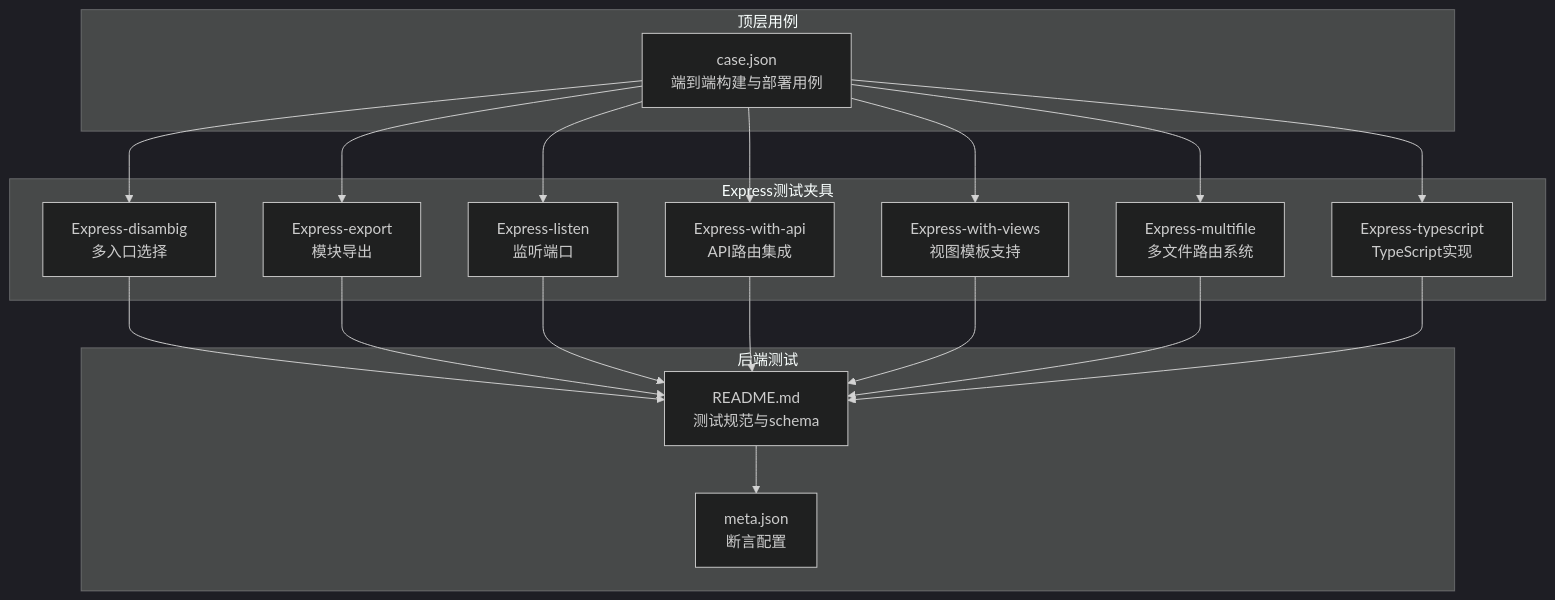
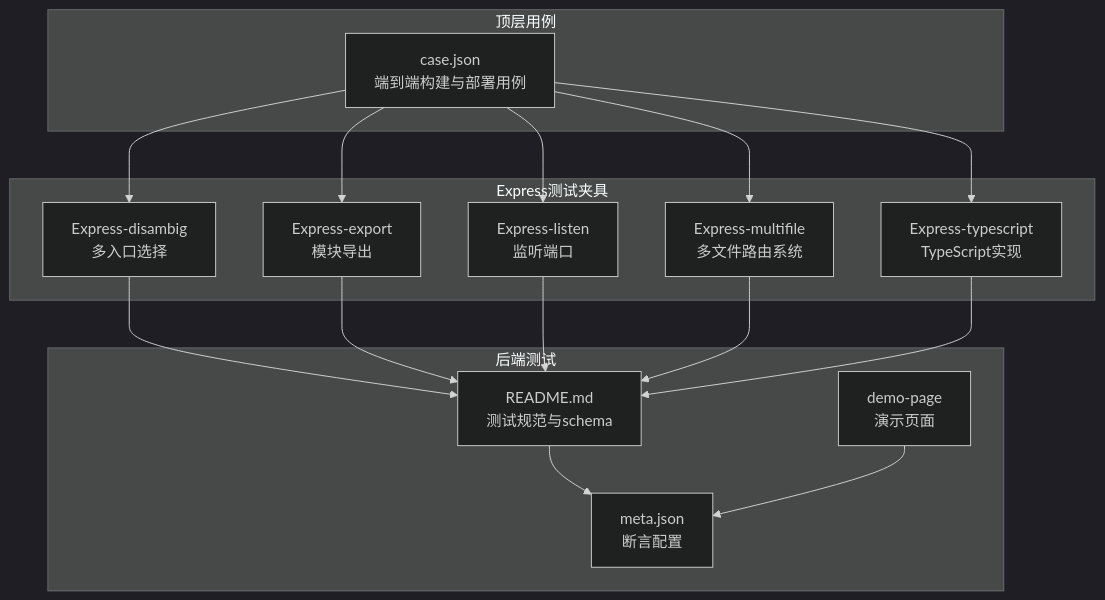
One commit to esa-sp/test-for-aone-ci changed the first of 9 diagrams in .qoder/repowiki/zh/content/后端框架测试/Express框架测试.md. Above: the diagram before and after it, drawn with Mermaid (dark theme). The commit also changed other lines of this file and 58 other files, not shown here.

````diff
--- a/.qoder/repowiki/zh/content/后端框架测试/Express框架测试.md
+++ b/.qoder/repowiki/zh/content/后端框架测试/Express框架测试.md
@@ -50,34 +48,30 @@
 ```mermaid
 graph TB
 subgraph "Express测试夹具"
 D["Express-disambig<br/>多入口选择"]
 E["Express-export<br/>模块导出"]
 L["Express-listen<br/>监听端口"]
-A["Express-with-api<br/>API路由集成"]
-V["Express-with-views<br/>视图模板支持"]
 M["Express-multifile<br/>多文件路由系统"]
 T["Express-typescript<br/>TypeScript实现"]
 end
 subgraph "后端测试"
 RT["README.md<br/>测试规范与schema"]
 ME["meta.json<br/>断言配置"]
+DP["demo-page<br/>演示页面"]
 end
 subgraph "顶层用例"
 CJ["case.json<br/>端到端构建与部署用例"]
 end
 D --> RT
 E --> RT
 L --> RT
-A --> RT
-V --> RT
 M --> RT
 T --> RT
 RT --> ME
+DP --> ME
 CJ --> D
 CJ --> E
 CJ --> L
-CJ --> A
-CJ --> V
 CJ --> M
 CJ --> T
 ```
````
